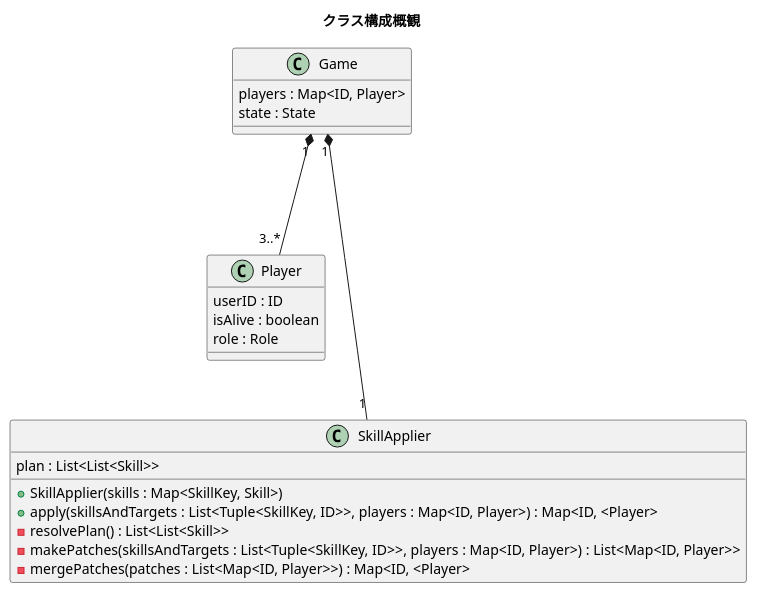
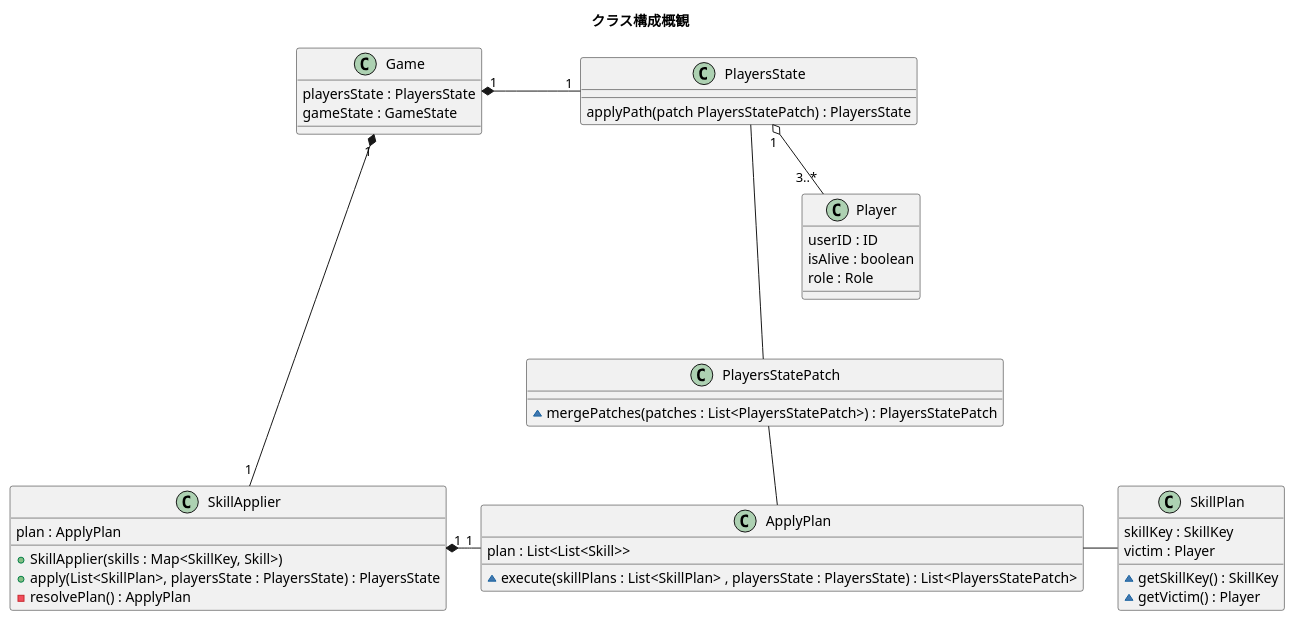
One commit to kikuko72/Werewolf changed the diagram in prototype/docs/uml/model-classes.puml. Above: the diagram before and after it, drawn with PlantUML. The commit also changed 1 other file, not shown here.

Commit message:
能力適用まわりの設計を整理(図のみ)
SkillPlanの発行が未設計。
発行時にはゲームルールでのバリデーションが必要。

```diff
--- a/prototype/docs/uml/model-classes.puml
+++ b/prototype/docs/uml/model-classes.puml
@@ -1,25 +1,44 @@
 @startuml
 title クラス構成概観
 
 class "Game" as Game {
-    players : Map<ID, Player>
-    state : State
+    playersState : PlayersState
+    gameState : GameState
 }
 class "Player" as Player {
     userID : ID
     isAlive : boolean
     role : Role
 }
 class "SkillApplier" as SkillApplier {
+    plan : ApplyPlan
+    + SkillApplier(skills : Map<SkillKey, Skill>)
+    +apply(List<SkillPlan>, playersState : PlayersState) : PlayersState
+    -resolvePlan() : ApplyPlan
+}
+class "ApplyPlan" as ApplyPlan {
     plan : List<List<Skill>>
-    + SkillApplier(skills : Map<SkillKey, Skill>)
-    +apply(skillsAndTargets : List<Tuple<SkillKey, ID>>, players : Map<ID, Player>) : Map<ID, <Player>
-    -resolvePlan() : List<List<Skill>>
-    -makePatches(skillsAndTargets : List<Tuple<SkillKey, ID>>, players : Map<ID, Player>) : List<Map<ID, Player>>
-    -mergePatches(patches : List<Map<ID, Player>>) : Map<ID, <Player>
+    ~execute(skillPlans : List<SkillPlan> , playersState : PlayersState) : List<PlayersStatePatch>
+}
+class "PlayersState" as PlayersState {
+    applyPath(patch PlayersStatePatch) : PlayersState
+}
+class "PlayersStatePatch" as PlayersStatePatch {
+    ~mergePatches(patches : List<PlayersStatePatch>) : PlayersStatePatch
+}
+class "SkillPlan" as SkillPlan {
+    skillKey : SkillKey
+    victim : Player
+    ~getSkillKey() : SkillKey
+    ~getVictim() : Player
 }
 
-Game "1" *--- "3..*" Player
+Game "1" *- "1" PlayersState
 Game "1" *---- "1" SkillApplier
+PlayersState  - PlayersStatePatch
+PlayersState "1" o-down- "3..*" Player
+SkillApplier "1" *-  "1" ApplyPlan
+ApplyPlan - SkillPlan
+ApplyPlan -up- PlayersStatePatch
 
 @enduml
```
